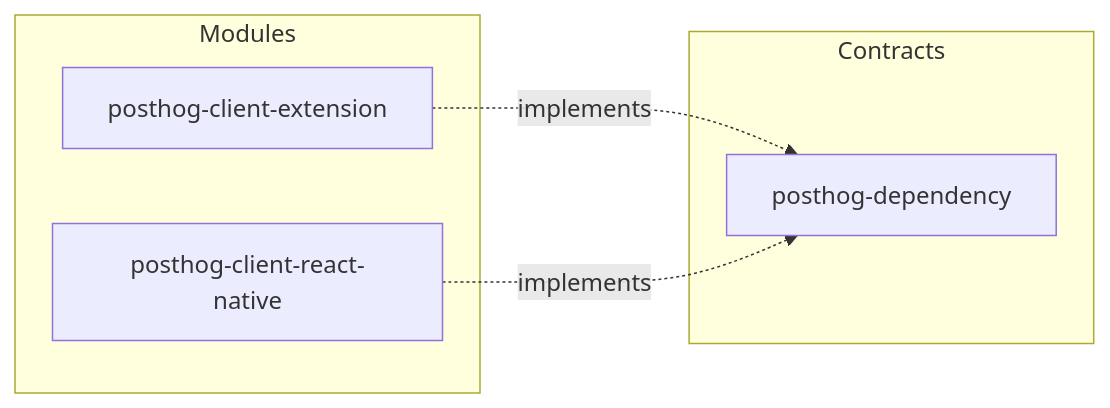
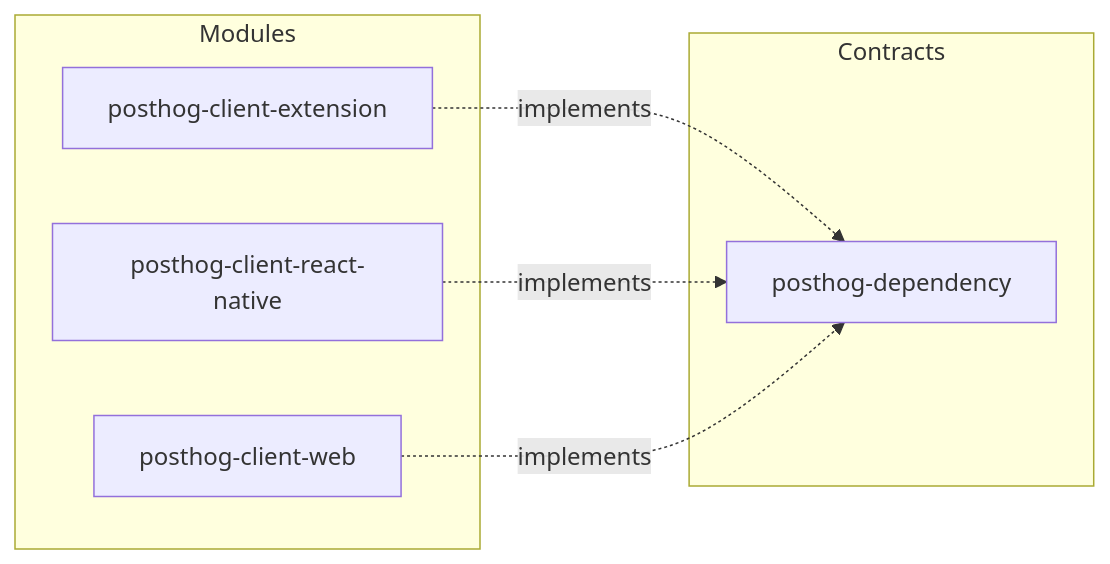
One commit to input-output-hk/lace changed diagram 25 of 32 in docs/contracts-and-modules.md. Above: the diagram before and after it, drawn with Mermaid. The commit also changed other lines of this file and 879 other files, not shown here.

````diff
--- a/docs/contracts-and-modules.md
+++ b/docs/contracts-and-modules.md
@@ -630,12 +657,14 @@
 ```mermaid
 graph LR
   subgraph Contracts
     posthog-dependency["posthog-dependency"]
   end
   subgraph Modules
     module_0["posthog-client-extension"]
     module_1["posthog-client-react-native"]
+    module_2["posthog-client-web"]
   end
   module_0 -.->|implements| posthog-dependency
   module_1 -.->|implements| posthog-dependency
+  module_2 -.->|implements| posthog-dependency
 ```
````
